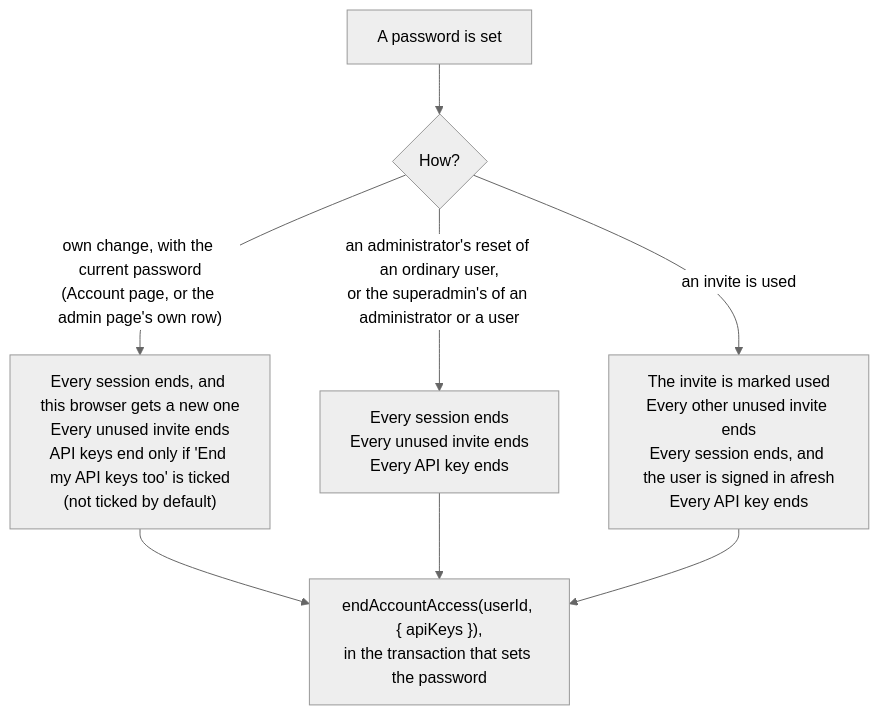
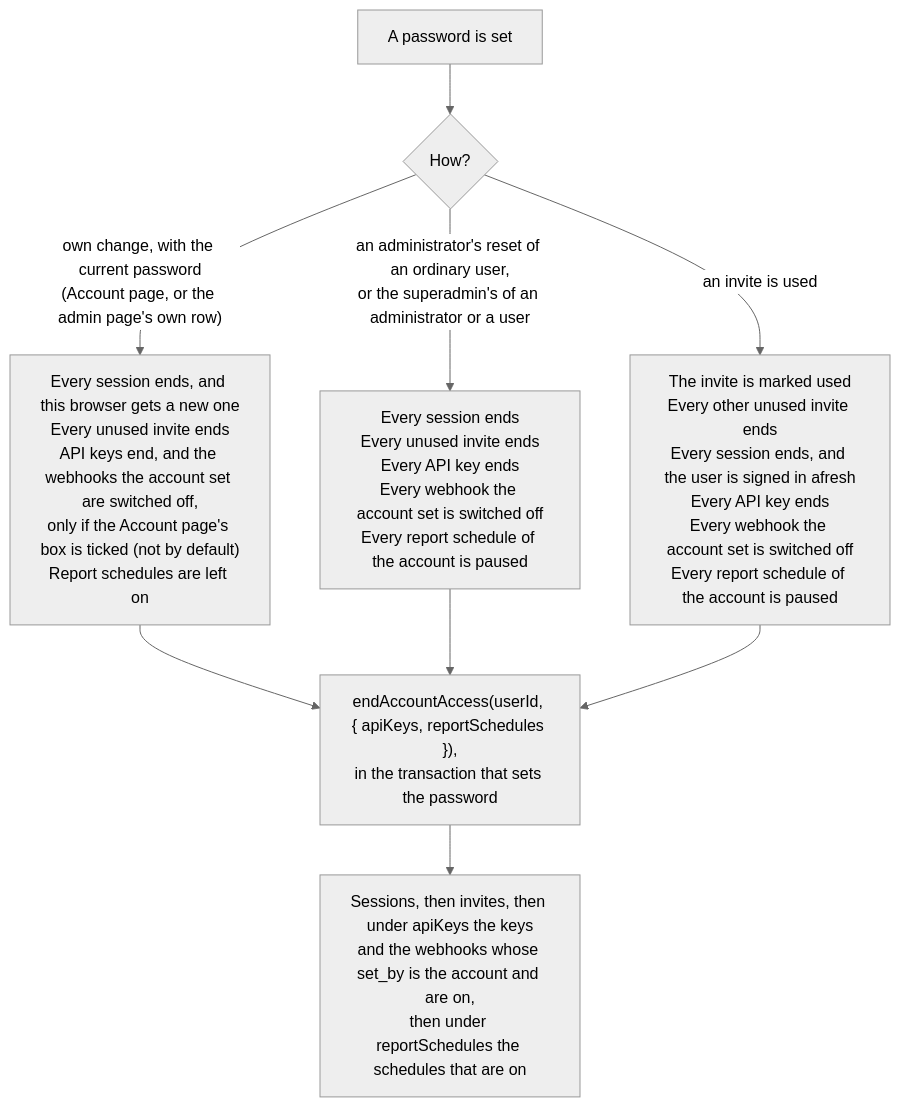
Before and after one commit to gitBoon/DumpFire: the eighth of 26 diagrams in docs/authentication-security.md, drawn with Mermaid (neutral theme). The commit also changed other lines of this file and 49 other files, not shown here.

````diff
--- a/docs/authentication-security.md
+++ b/docs/authentication-security.md
@@ -1096,10 +1099,11 @@
 ```mermaid
 flowchart TD
     Set["A password is set"] --> How{"How?"}
-    How -->|"own change, with the current password<br/>(Account page, or the admin page's own row)"| Own["Every session ends, and this browser gets a new one<br/>Every unused invite ends<br/>API keys end only if 'End my API keys too' is ticked<br/>(not ticked by default)"]
-    How -->|"an administrator's reset of an ordinary user,<br/>or the superadmin's of an administrator or a user"| Reset["Every session ends<br/>Every unused invite ends<br/>Every API key ends"]
-    How -->|"an invite is used"| Invite["The invite is marked used<br/>Every other unused invite ends<br/>Every session ends, and the user is signed in afresh<br/>Every API key ends"]
-    Own --> One["endAccountAccess(userId, { apiKeys }),<br/>in the transaction that sets the password"]
+    How -->|"own change, with the current password<br/>(Account page, or the admin page's own row)"| Own["Every session ends, and this browser gets a new one<br/>Every unused invite ends<br/>API keys end, and the webhooks the account set are switched off,<br/>only if the Account page's box is ticked (not by default)<br/>Report schedules are left on"]
+    How -->|"an administrator's reset of an ordinary user,<br/>or the superadmin's of an administrator or a user"| Reset["Every session ends<br/>Every unused invite ends<br/>Every API key ends<br/>Every webhook the account set is switched off<br/>Every report schedule of the account is paused"]
+    How -->|"an invite is used"| Invite["The invite is marked used<br/>Every other unused invite ends<br/>Every session ends, and the user is signed in afresh<br/>Every API key ends<br/>Every webhook the account set is switched off<br/>Every report schedule of the account is paused"]
+    Own --> One["endAccountAccess(userId, { apiKeys, reportSchedules }),<br/>in the transaction that sets the password"]
     Reset --> One
     Invite --> One
+    One --> Order["Sessions, then invites, then under apiKeys the keys<br/>and the webhooks whose set_by is the account and are on,<br/>then under reportSchedules the schedules that are on"]
 ```
````
